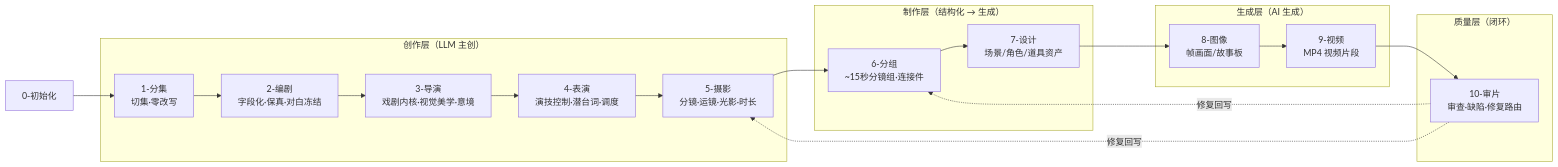
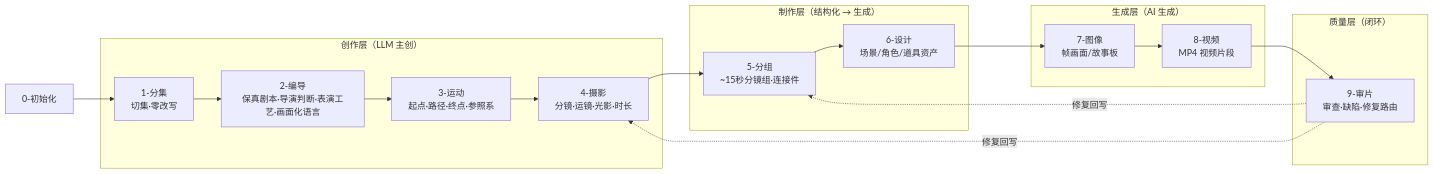
One commit to ZEN-VOID/AI-CUT changed the first of 2 diagrams in .agents/skills/aigc/CONTEXT.md. Above: the diagram before and after it, drawn with Mermaid. The commit also changed other lines of this file and 1070 other files, not shown here.

````diff
--- a/.agents/skills/aigc/CONTEXT.md
+++ b/.agents/skills/aigc/CONTEXT.md
@@ -68,29 +67,28 @@
 ```mermaid
 flowchart LR
     subgraph 创作层["创作层（LLM 主创）"]
         S1["1-分集<br/>切集·零改写"]
-        S2["2-编剧<br/>字段化·保真·对白冻结"]
-        S3["3-导演<br/>戏剧内核·视觉美学·意境"]
-        S4["4-表演<br/>演技控制·潜台词·调度"]
-        S5["5-摄影<br/>分镜·运镜·光影·时长"]
+        S2["2-编导<br/>保真剧本·导演判断·表演工艺·画面化语言"]
+        S3["3-运动<br/>起点·路径·终点·参照系"]
+        S5["4-摄影<br/>分镜·运镜·光影·时长"]
     end
 
     subgraph 制作层["制作层（结构化 → 生成）"]
-        S6["6-分组<br/>~15秒分镜组·连接件"]
-        S7["7-设计<br/>场景/角色/道具资产"]
+        S6["5-分组<br/>~15秒分镜组·连接件"]
+        S7["6-设计<br/>场景/角色/道具资产"]
     end
 
     subgraph 生成层["生成层（AI 生成）"]
-        S8["8-图像<br/>帧画面/故事板"]
-        S9["9-视频<br/>MP4 视频片段"]
+        S8["7-图像<br/>帧画面/故事板"]
+        S9["8-视频<br/>MP4 视频片段"]
     end
 
     subgraph 质量层["质量层（闭环）"]
-        S10["10-审片<br/>审查·缺陷·修复路由"]
+        S10["9-审片<br/>审查·缺陷·修复路由"]
     end
 
     S0["0-初始化"] --> S1
-    S1 --> S2 --> S3 --> S4 --> S5 --> S6 --> S7 --> S8 --> S9 --> S10
+    S1 --> S2 --> S3 --> S5 --> S6 --> S7 --> S8 --> S9 --> S10
     S10 -.->|"修复回写"| S6
     S10 -.->|"修复回写"| S5
 ```
````
